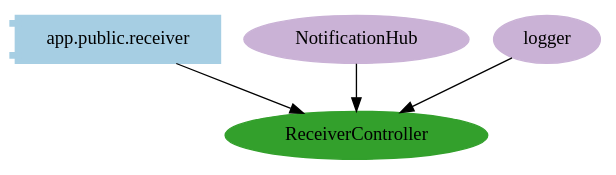
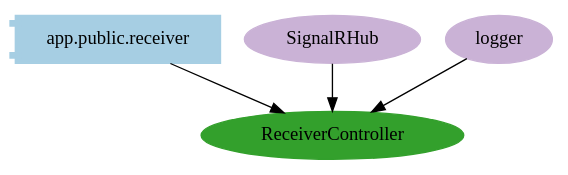
The diagram in client/architecture/dot/modules/app.public.receiver.dot (andrea-spotsoftware/angular-signalR), drawn with Graphviz before and after one commit. The commit also changed 17 other files, not shown here.

Commit message:
changed notificationHub to generic signalrHub

```diff
--- a/client/architecture/dot/modules/app.public.receiver.dot
+++ b/client/architecture/dot/modules/app.public.receiver.dot
@@ -1,60 +1,60 @@
 digraph dependencies {
   node[shape="component",style="filled",colorscheme=paired12]
 
 
     node[shape="component"]
     "app.public.receiver"[label="app.public.receiver", color=1]
 
     
 
 
     node[shape="ellipse"]
     
 
 
     
       "ReceiverController"[label="ReceiverController", color=4]
       "app.public.receiver" -> "ReceiverController"
     
 
     
 
     
 
     node[shape="cds"]
     
 
     
 
 
 
 
 
 
 
 
 
     node[shape="ellipse",style="filled", color=9]
     
 
     
 
 
     
       
-        "NotificationHub"[label="NotificationHub"]
-        "NotificationHub" -> "ReceiverController"
+        "SignalRHub"[label="SignalRHub"]
+        "SignalRHub" -> "ReceiverController"
       
         "logger"[label="logger"]
         "logger" -> "ReceiverController"
       
     
 
     
 
     
 
     
 
 
 }
```
